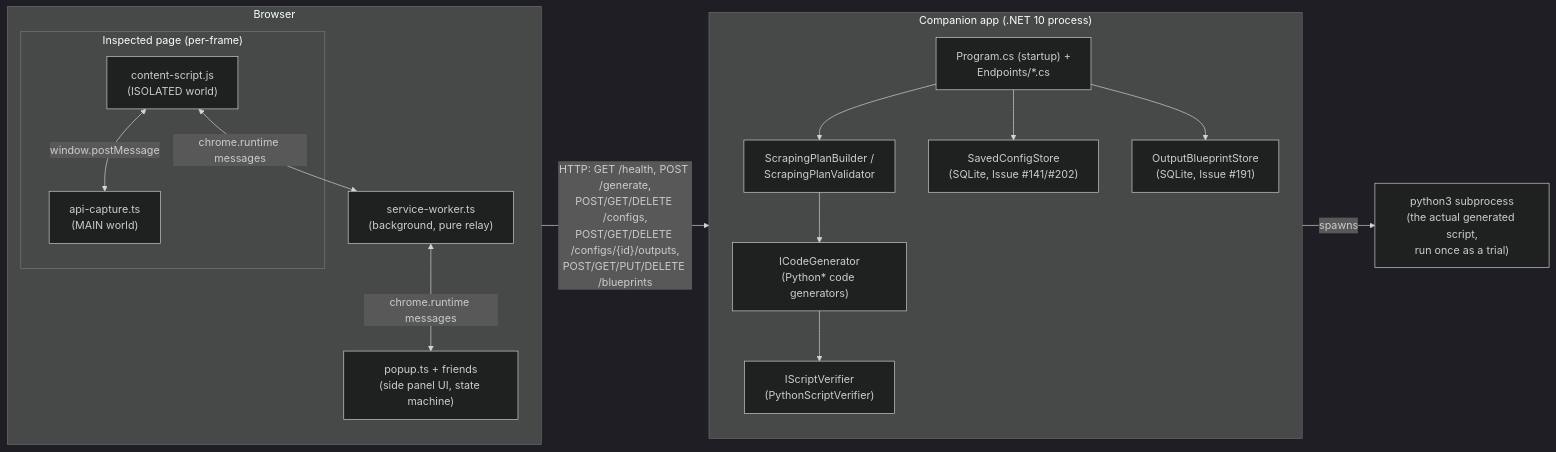
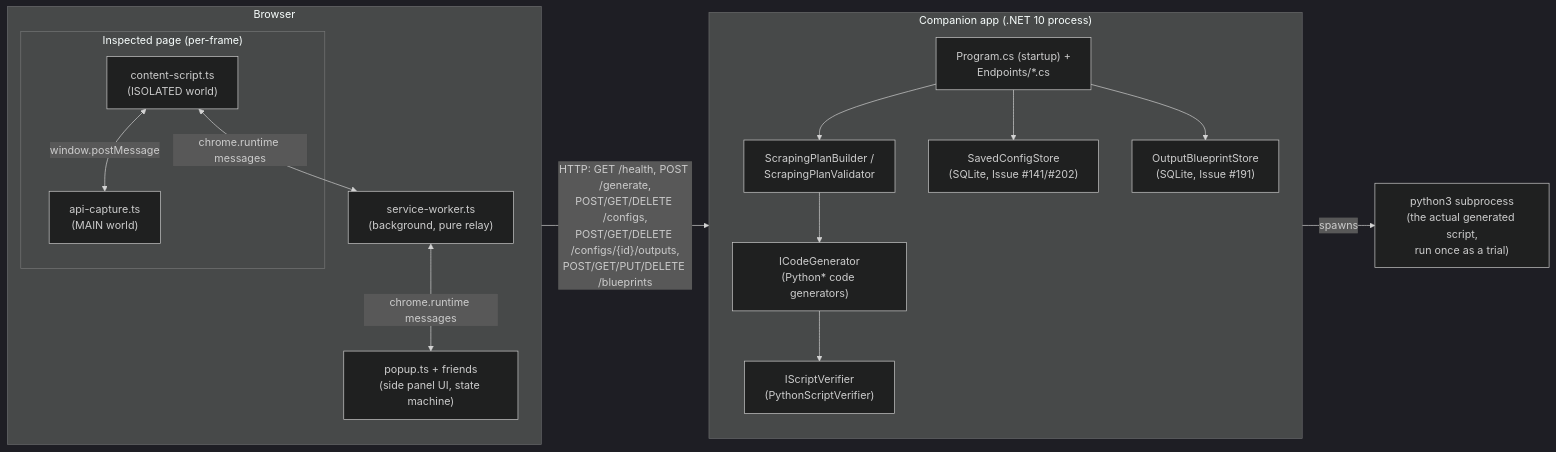
The first of 7 diagrams in docs/ARCHITECTURE.md (Aventinis/Scraping-Factory), drawn with Mermaid (dark theme) before and after one commit. The commit also changed other lines of this file and 13 other files, not shown here.

Commit message:
docs(extension): document the content-script conversion

````diff
--- a/docs/ARCHITECTURE.md
+++ b/docs/ARCHITECTURE.md
@@ -33,29 +33,29 @@
 ```mermaid
 flowchart LR
     subgraph Browser["Browser"]
         direction TB
         subgraph Page["Inspected page (per-frame)"]
-            CS["content-script.js\n(ISOLATED world)"]
+            CS["content-script.ts\n(ISOLATED world)"]
             AC["api-capture.ts\n(MAIN world)"]
             CS <-- window.postMessage --> AC
         end
         SW["service-worker.ts\n(background, pure relay)"]
         SP["popup.ts + friends\n(side panel UI, state machine)"]
         CS <-- chrome.runtime messages --> SW
         SW <-- chrome.runtime messages --> SP
     end
     SP -- "HTTP: GET /health, POST /generate,\nPOST/GET/DELETE /configs,\nPOST/GET/DELETE /configs/{id}/outputs,\nPOST/GET/PUT/DELETE /blueprints" --> Companion
     subgraph Companion["Companion app (.NET 10 process)"]
         direction TB
         Program["Program.cs (startup) +\nEndpoints/*.cs"]
         Plan["ScrapingPlanBuilder /\nScrapingPlanValidator"]
         Gen["ICodeGenerator\n(Python* code generators)"]
         Ver["IScriptVerifier\n(PythonScriptVerifier)"]
         Store["SavedConfigStore\n(SQLite, Issue #141/#202)"]
         BpStore["OutputBlueprintStore\n(SQLite, Issue #191)"]
         Program --> Plan --> Gen --> Ver
         Program --> Store
         Program --> BpStore
     end
     Ver -- "spawns" --> PySub["python3 subprocess\n(the actual generated script,\nrun once as a trial)"]
 ```
````
